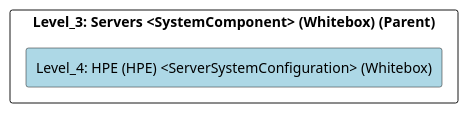
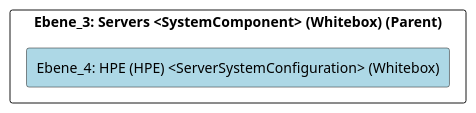
The diagram in src/cleon.architecturemethods.arc42.sample/doc/cleon_architecturemethods_arc42_sample_system/adoc/de/05_bausteinsicht/ikt/infrastruture/servers/hpe/ebene_4_hpe.adoc (marcozwyssig/cleon), drawn with PlantUML before and after one commit. The commit also changed other lines of this file and 214 other files, not shown here.

```diff
--- a/src/cleon.architecturemethods.arc42.sample/doc/cleon_architecturemethods_arc42_sample_system/adoc/de/05_bausteinsicht/ikt/infrastruture/servers/hpe/ebene_4_hpe.adoc
+++ b/src/cleon.architecturemethods.arc42.sample/doc/cleon_architecturemethods_arc42_sample_system/adoc/de/05_bausteinsicht/ikt/infrastruture/servers/hpe/ebene_4_hpe.adoc
@@ -20,24 +20,24 @@
-[plantuml, Level_4: HPE (HPE) <ServerSystemConfiguration> (Whitebox)BlockOverview, format="svg"]
+[plantuml, Ebene_4: HPE (HPE) <ServerSystemConfiguration> (Whitebox)BlockOverview, format="svg"]
 ----
-@startuml Level_4: HPE (HPE) <ServerSystemConfiguration> (Whitebox)BuildingBlockOverview
+@startuml Ebene_4: HPE (HPE) <ServerSystemConfiguration> (Whitebox)BuildingBlockOverview
 
 skinparam ranksep 10
 skinparam componentStyle rectangle
 skinparam shadowing false
 skinparam arrowColor lightblue
 skinparam arrowThickness 1.2
 skinparam rectangle {
   BackgroundColor White
   BorderColor #333
   RoundCorner 10
 }
 top to bottom direction
 
-component "Level_3: Servers <SystemComponent> (Whitebox) (Parent)" {
-    component "Level_4: HPE (HPE) <ServerSystemConfiguration> (Whitebox)" #lightblue {
+component "Ebene_3: Servers <SystemComponent> (Whitebox) (Parent)" {
+    component "Ebene_4: HPE (HPE) <ServerSystemConfiguration> (Whitebox)" #lightblue {
     }
 
 }
 
 @enduml
 ----
```
